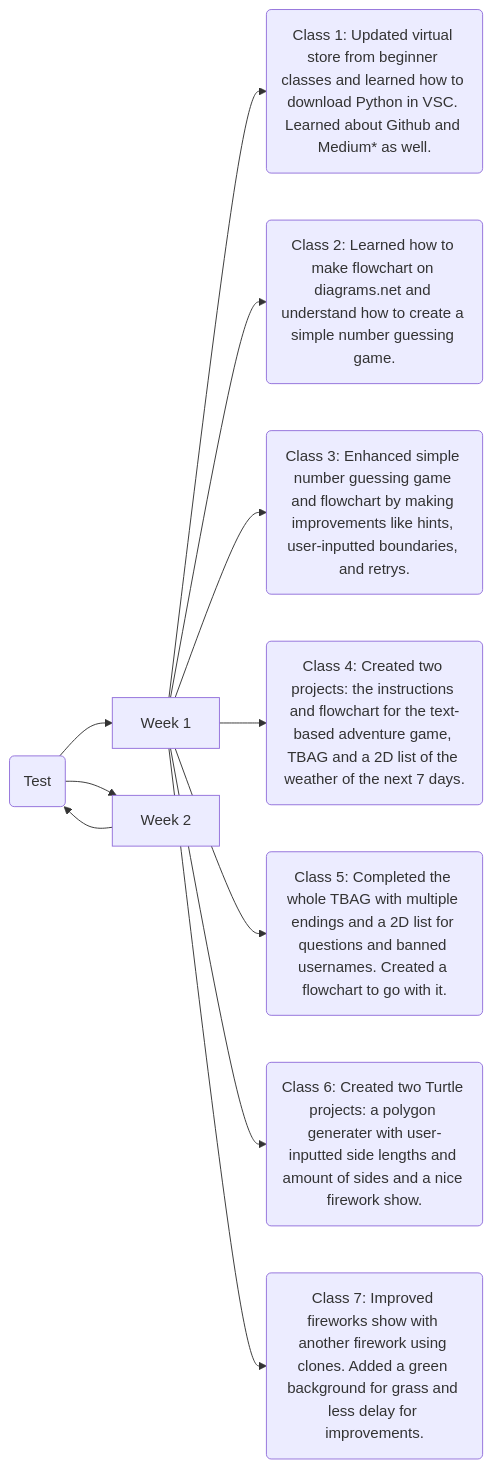
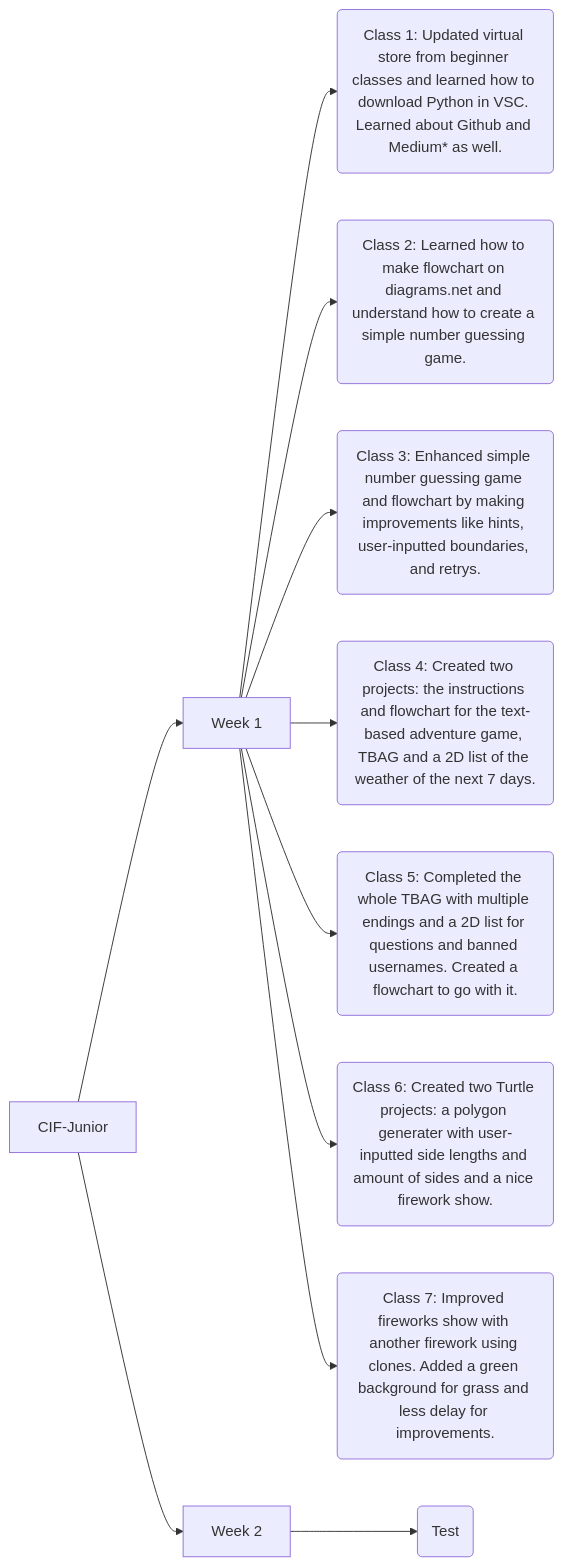
The diagram in README.md (deoclabber/CIF-Junior), drawn with Mermaid before and after one commit.

Commit message:
Update test reference in README

````diff
--- a/README.md
+++ b/README.md
@@ -10,14 +10,14 @@
 ```mermaid
 graph LR;
   A[CIF-Junior] --> B[Week 1];
   A --> C[Week 2];
   B --> F(Class 1: Updated virtual store from beginner classes and learned how to download Python in VSC. Learned about Github and Medium* as well.);
   B --> G(Class 2: Learned how to make flowchart on diagrams.net and understand how to create a simple number guessing game.);
   B --> H(Class 3: Enhanced simple number guessing game and flowchart by making improvements like hints, user-inputted boundaries, and retrys.);
   B --> I(Class 4: Created two projects: the instructions and flowchart for the text-based adventure game, TBAG and a 2D list of the weather of the next 7 days.);
   B --> J(Class 5: Completed the whole TBAG with multiple endings and a 2D list for questions and banned usernames. Created a flowchart to go with it.);
   B --> K(Class 6: Created two Turtle projects: a polygon generater with user-inputted side lengths and amount of sides and a nice firework show.);
   B --> L(Class 7: Improved fireworks show with another firework using clones. Added a green background for grass and less delay for improvements.);
 
-  C --> A(Test);
+  C --> 1(Test);
 ```
````
